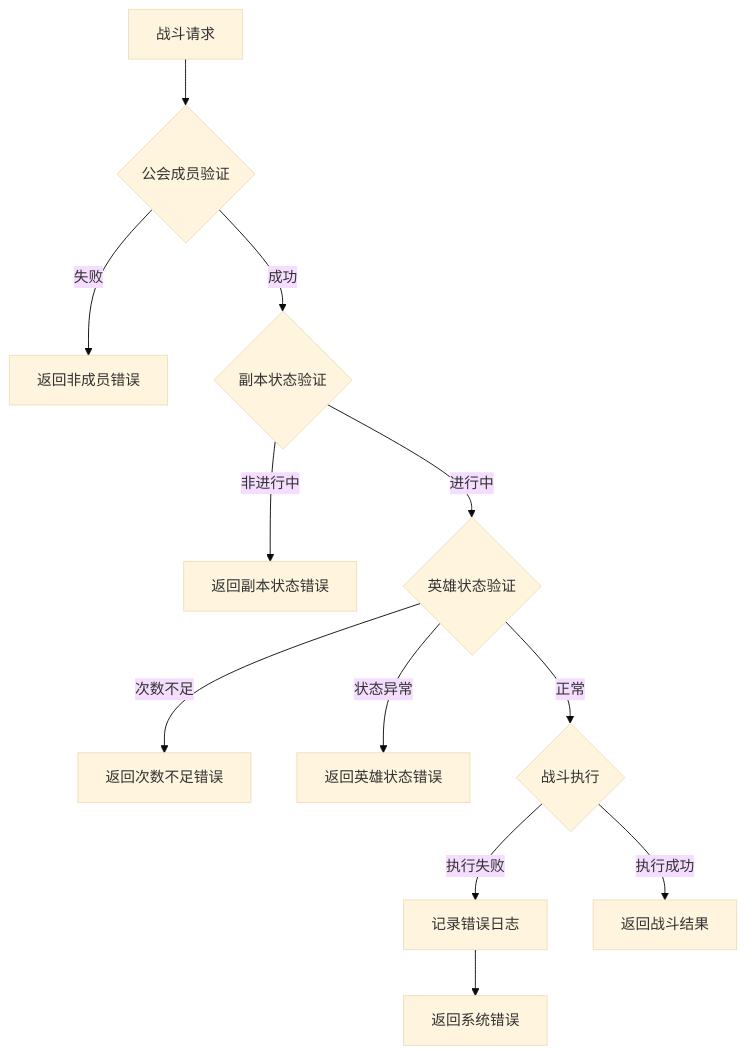
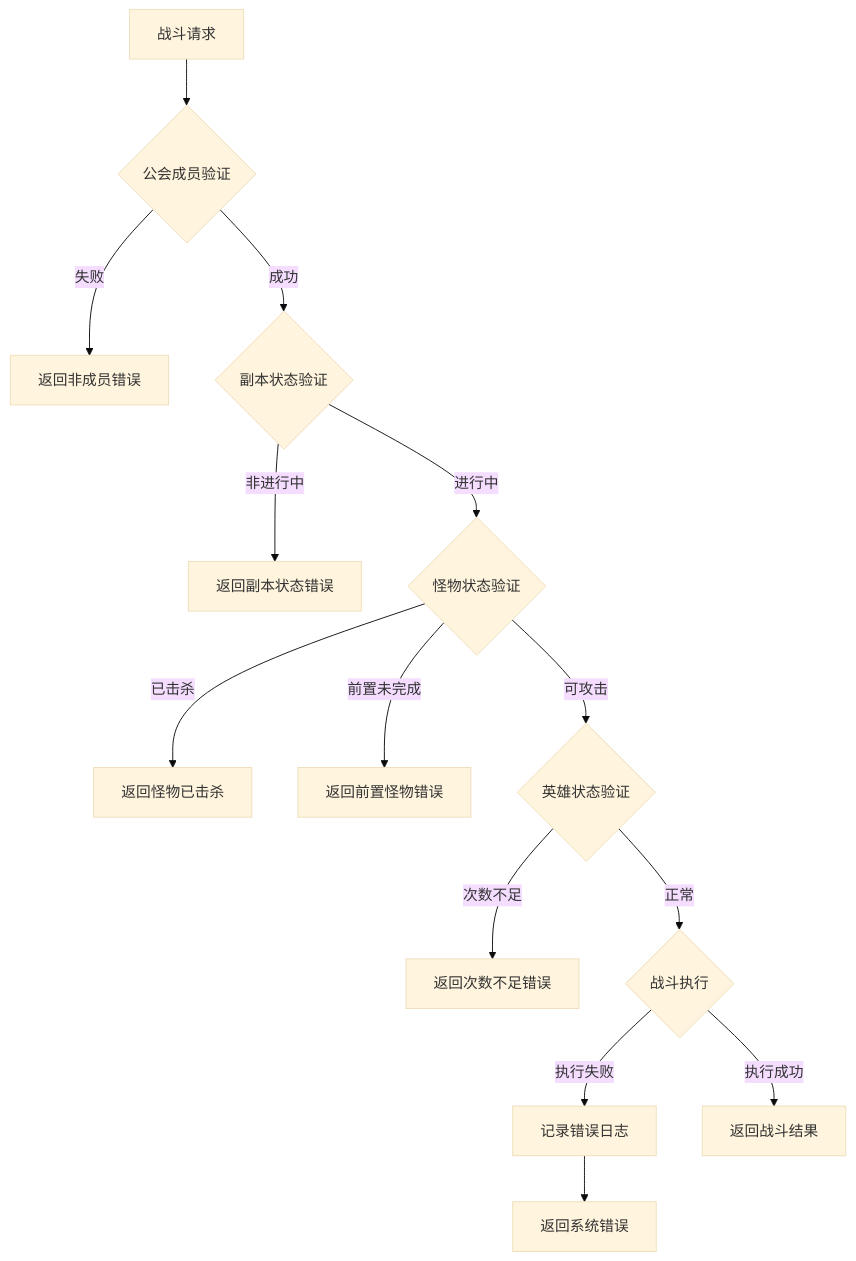
The fifth of 5 diagrams in docs/Module_GuildDungeon/06_实现细节.md (Alan-Ben/k2c_game_framework), drawn with Mermaid (base theme) before and after one commit. The commit also changed other lines of this file and 1 other file, not shown here.

Commit message:
docs: 深度完善 GuildDungeon 模块文档（完整字段、流程图、代码示例）

````diff
--- a/docs/Module_GuildDungeon/06_实现细节.md
+++ b/docs/Module_GuildDungeon/06_实现细节.md
@@ -227,14 +256,16 @@
 ```mermaid
 flowchart TD
     A[战斗请求] --> B{公会成员验证}
     B -->|失败| C[返回非成员错误]
     B -->|成功| D{副本状态验证}
     D -->|非进行中| E[返回副本状态错误]
-    D -->|进行中| F{英雄状态验证}
-    F -->|次数不足| G[返回次数不足错误]
-    F -->|状态异常| H[返回英雄状态错误]
-    F -->|正常| I{战斗执行}
-    I -->|执行失败| J[记录错误日志]
-    J --> K[返回系统错误]
-    I -->|执行成功| L[返回战斗结果]
+    D -->|进行中| F{怪物状态验证}
+    F -->|已击杀| G[返回怪物已击杀]
+    F -->|前置未完成| H[返回前置怪物错误]
+    F -->|可攻击| I{英雄状态验证}
+    I -->|次数不足| J[返回次数不足错误]
+    I -->|正常| K{战斗执行}
+    K -->|执行失败| L[记录错误日志]
+    L --> M[返回系统错误]
+    K -->|执行成功| N[返回战斗结果]
 ```
````
